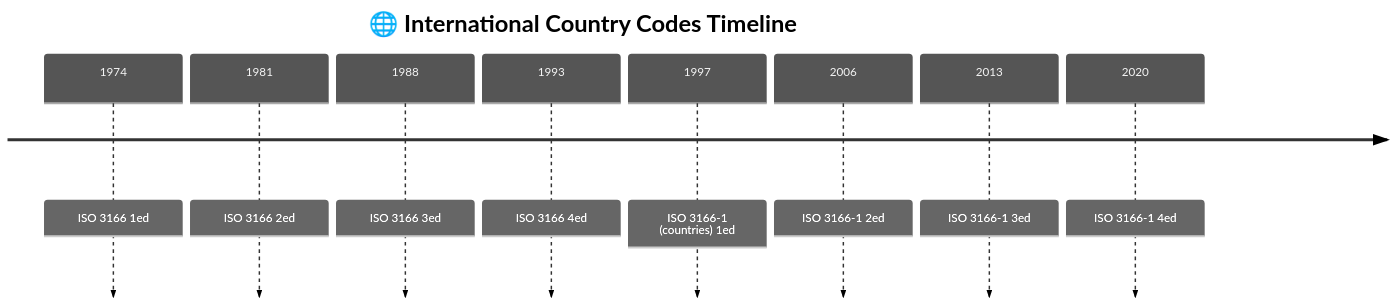
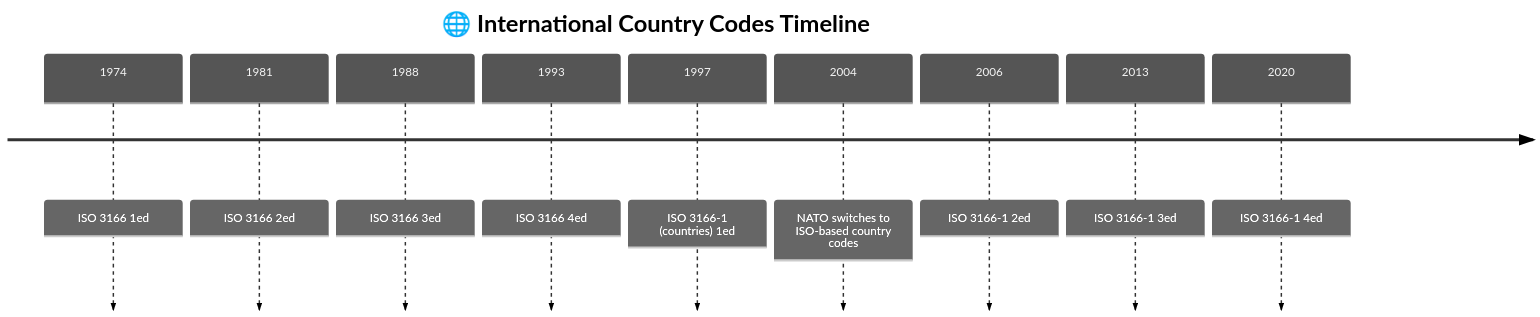
The diagram in int-country-codes-timeline.mmd (brianary/webcoder), drawn with Mermaid before and after one commit. The commit also changed 4 other files, not shown here.

```diff
--- a/int-country-codes-timeline.mmd
+++ b/int-country-codes-timeline.mmd
@@ -1,11 +1,12 @@
 %%{init: {'theme': 'neutral', 'timeline': {'disableMulticolor': true}}}%%
 timeline
 title 🌐 International Country Codes Timeline
 1974 : ISO 3166 1ed
 1981 : ISO 3166 2ed
 1988 : ISO 3166 3ed
 1993 : ISO 3166 4ed
 1997 : ISO 3166-1 (countries) 1ed
+2004 : NATO switches to ISO-based country codes
 2006 : ISO 3166-1 2ed
 2013 : ISO 3166-1 3ed
 2020 : ISO 3166-1 4ed
```
